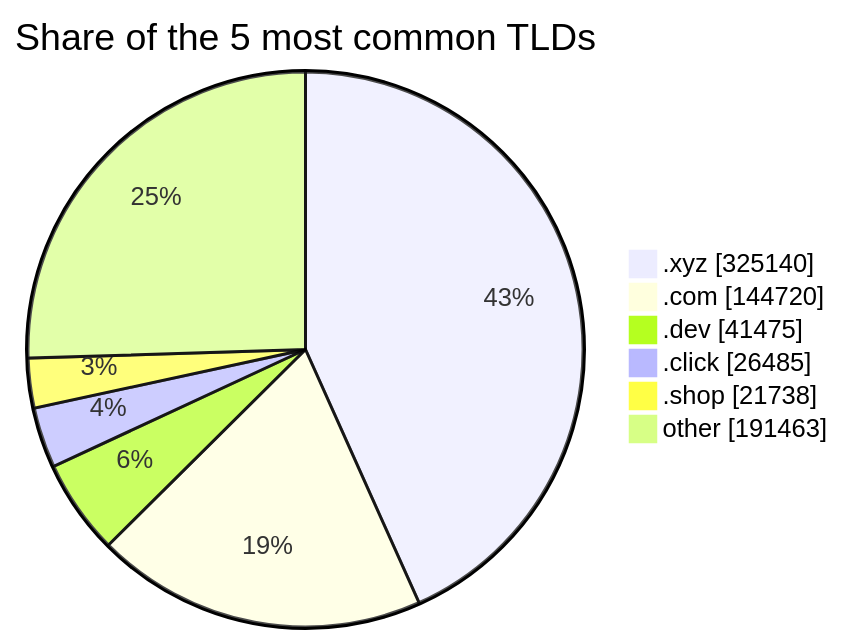
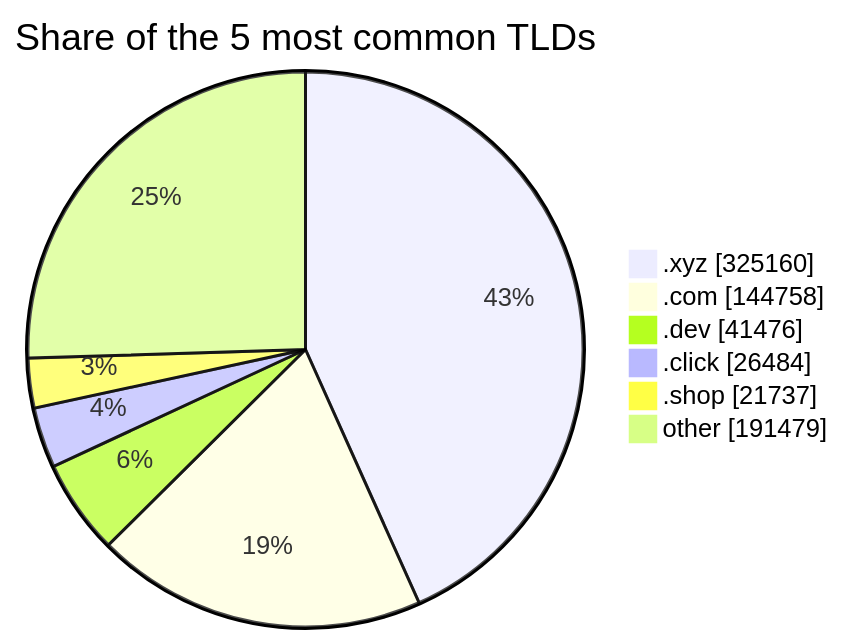
The third of 3 diagrams in README.md (DNSBunker/CTI), drawn with Mermaid before and after one commit. The commit also changed other lines of this file and 3 other files, not shown here.

````diff
--- a/README.md
+++ b/README.md
@@ -81,9 +81,9 @@
 ```mermaid
 pie showData title Share of the 5 most common TLDs
-    ".xyz" : 325140
-    ".com" : 144720
-    ".dev" : 41475
-    ".click" : 26485
-    ".shop" : 21738
-    "other" : 191463
+    ".xyz" : 325160
+    ".com" : 144758
+    ".dev" : 41476
+    ".click" : 26484
+    ".shop" : 21737
+    "other" : 191479
 ```
````
